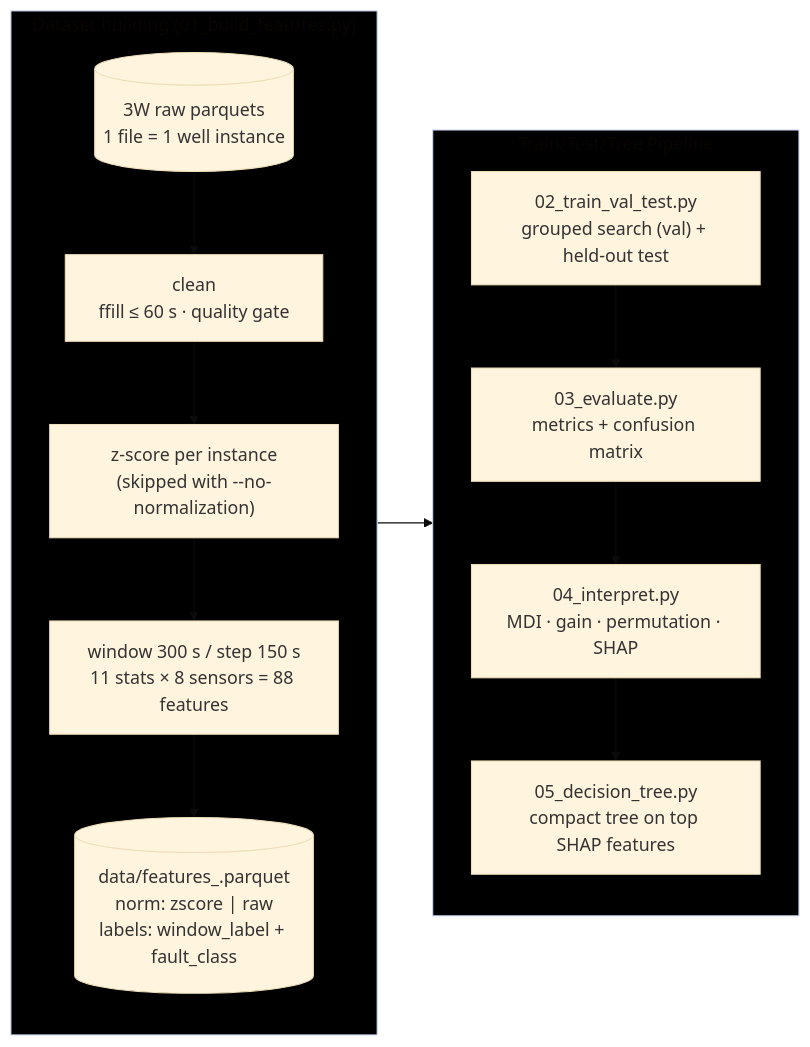
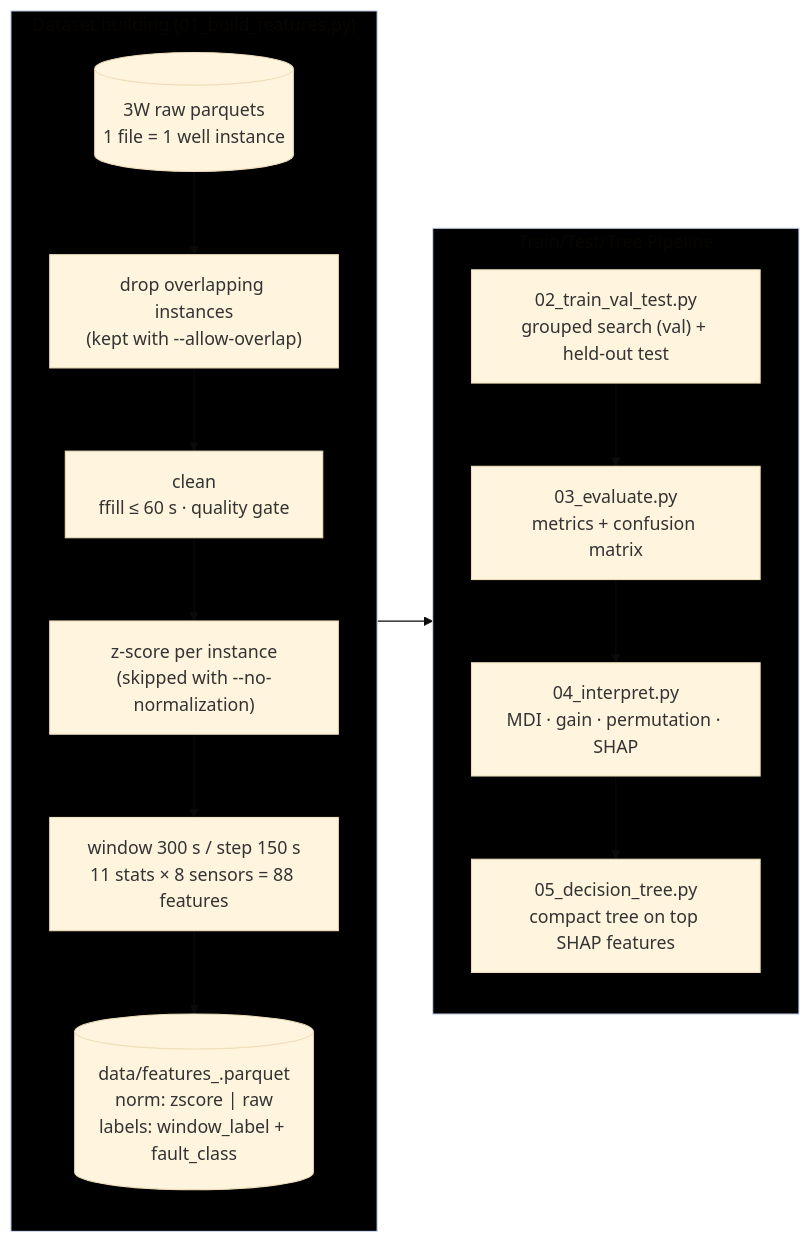
One commit to Thiago-TP/flow-assurance-ml changed the first of 4 diagrams in README.md. Above: the diagram before and after it, drawn with Mermaid (base theme). The commit also changed other lines of this file and 14 other files, not shown here.

Commit message:
Default behavior now discards overlapping instances from the same well

````diff
--- a/README.md
+++ b/README.md
@@ -9,23 +9,24 @@
 ```mermaid
 flowchart LR
 
   subgraph S1["Dataset building (01_build_features.py)"]
     direction TB
-    A[("3W raw parquets<br/>1 file = 1 well instance")] --> B["clean<br/>ffill ≤ 60 s · quality gate"]
+    A[("3W raw parquets<br/>1 file = 1 well instance")] --> A2["drop overlapping instances<br/>(kept with --allow-overlap)"]
+    A2 --> B["clean<br/>ffill ≤ 60 s · quality gate"]
     B --> C["z-score per instance<br/>(skipped with --no-normalization)"]
     C --> D["window 300 s / step 150 s<br/>11 stats × 8 sensors = 88 features"]
     D --> E[("data/features_<norm>.parquet<br/>norm: zscore | raw<br/>labels: window_label + fault_class")]
   end
 
   subgraph S2["Train/Test/Tree Pipeline"]
     direction TB
     F["02_train_val_test.py<br/>grouped search (val) + held-out test"] --> G["03_evaluate.py<br/>metrics + confusion matrix"]
     G --> H["04_interpret.py<br/>MDI · gain · permutation · SHAP"]
     H --> I["05_decision_tree.py<br/>compact tree on top SHAP features"]
   end
 
   S1 --> S2
 
   style S1 fill:#000000
   style S2 fill:#000000
 ```
````
